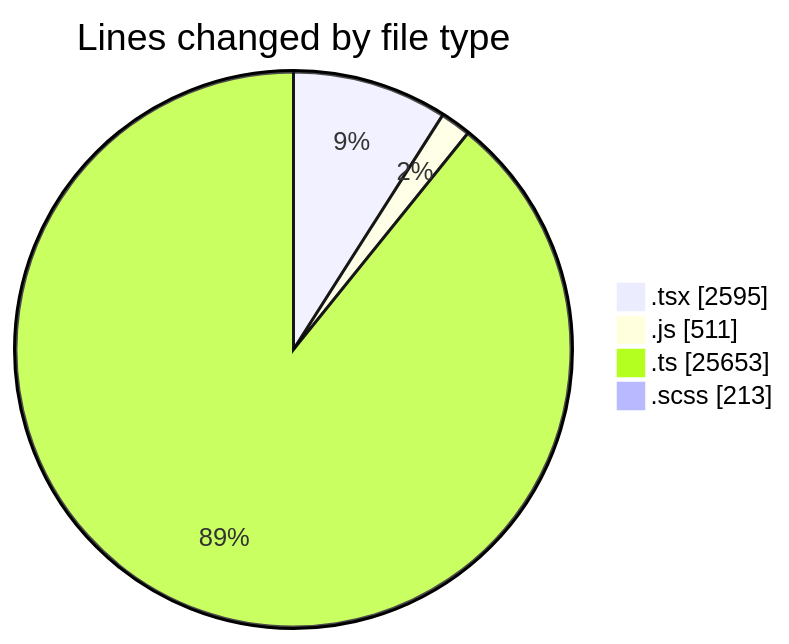
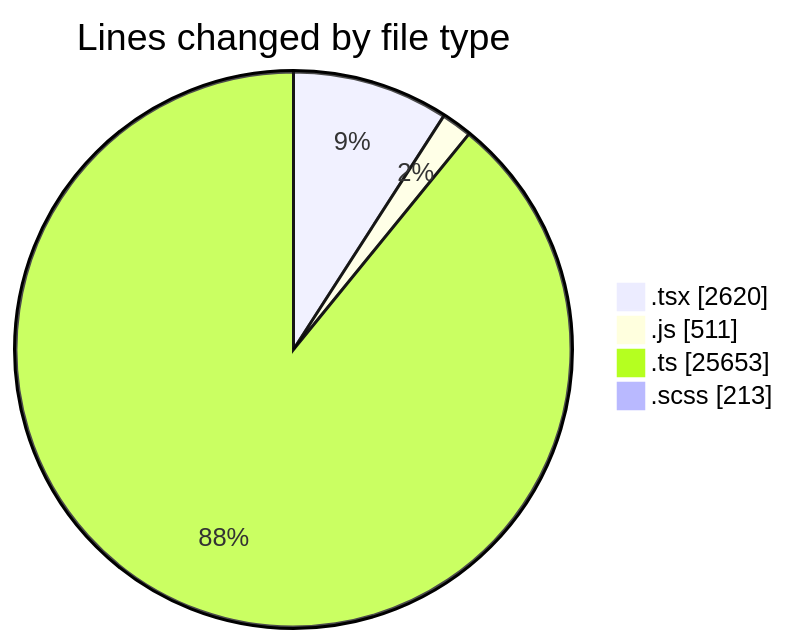
Before and after one commit to momahboobian/code-tracking: the first of 2 diagrams in 2025-06-30/cda/README.md, drawn with Mermaid. The commit also changed other lines of this file and 1 other file, not shown here.

````diff
--- a/2025-06-30/cda/README.md
+++ b/2025-06-30/cda/README.md
@@ -41,8 +41,8 @@
 ```mermaid
 pie showData
 title Lines changed by file type
-".tsx" : 2595
+".tsx" : 2620
 ".js" : 511
 ".ts" : 25653
 ".scss" : 213
 ```
````
